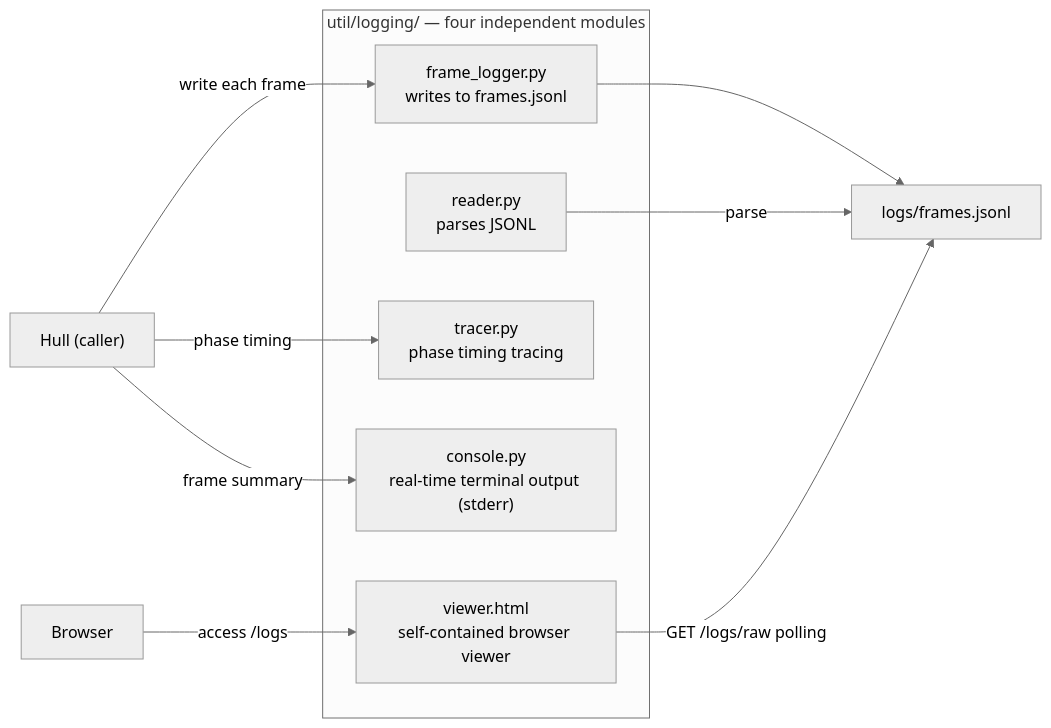
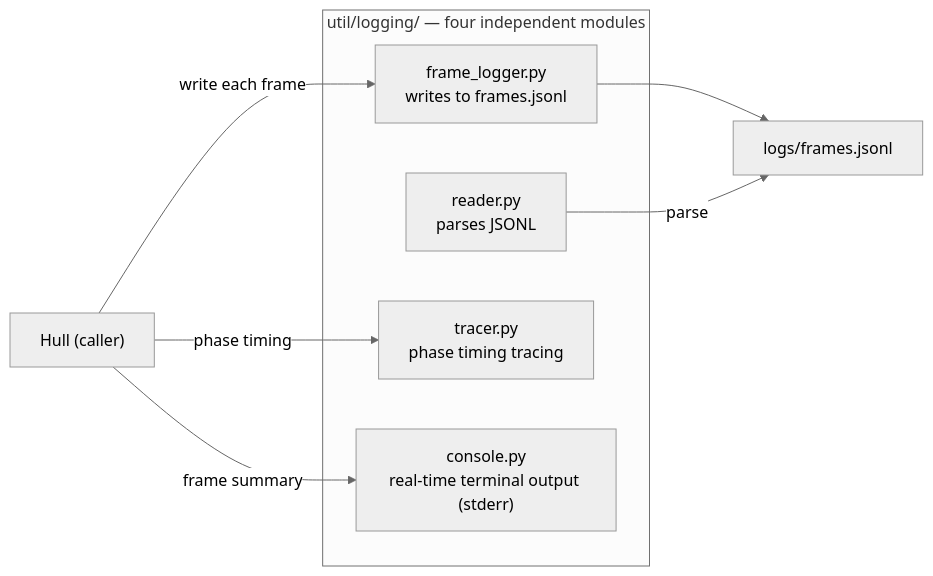
Before and after one commit to vessal-ai/vessal: the first of 2 diagrams in src/vessal/ark/util/logging/CONTEXT.md, drawn with Mermaid (neutral theme). The commit also changed other lines of this file and 266 other files, not shown here.

First line of the commit message:
release: v0.0.4 — Console redesign, Shell/Hull/Cell architecture, CLI wizards (#16)

````diff
--- a/src/vessal/ark/util/logging/CONTEXT.md
+++ b/src/vessal/ark/util/logging/CONTEXT.md
@@ -33,22 +32,18 @@
 ```mermaid
 graph LR
     subgraph logging["util/logging/ — four independent modules"]
         FL["frame_logger.py\nwrites to frames.jsonl"]
         Reader["reader.py\nparses JSONL"]
         Tracer["tracer.py\nphase timing tracing"]
         Console["console.py\nreal-time terminal output (stderr)"]
-        Viewer["viewer.html\nself-contained browser viewer"]
     end
 
     Hull["Hull (caller)"]
-    Browser["Browser"]
     JSONL["logs/frames.jsonl"]
 
     Hull -->|"write each frame"| FL
     FL --> JSONL
     Reader -->|"parse"| JSONL
-    Viewer -->|"GET /logs/raw polling"| JSONL
-    Browser -->|"access /logs"| Viewer
     Hull -->|"phase timing"| Tracer
     Hull -->|"frame summary"| Console
 ```
````
